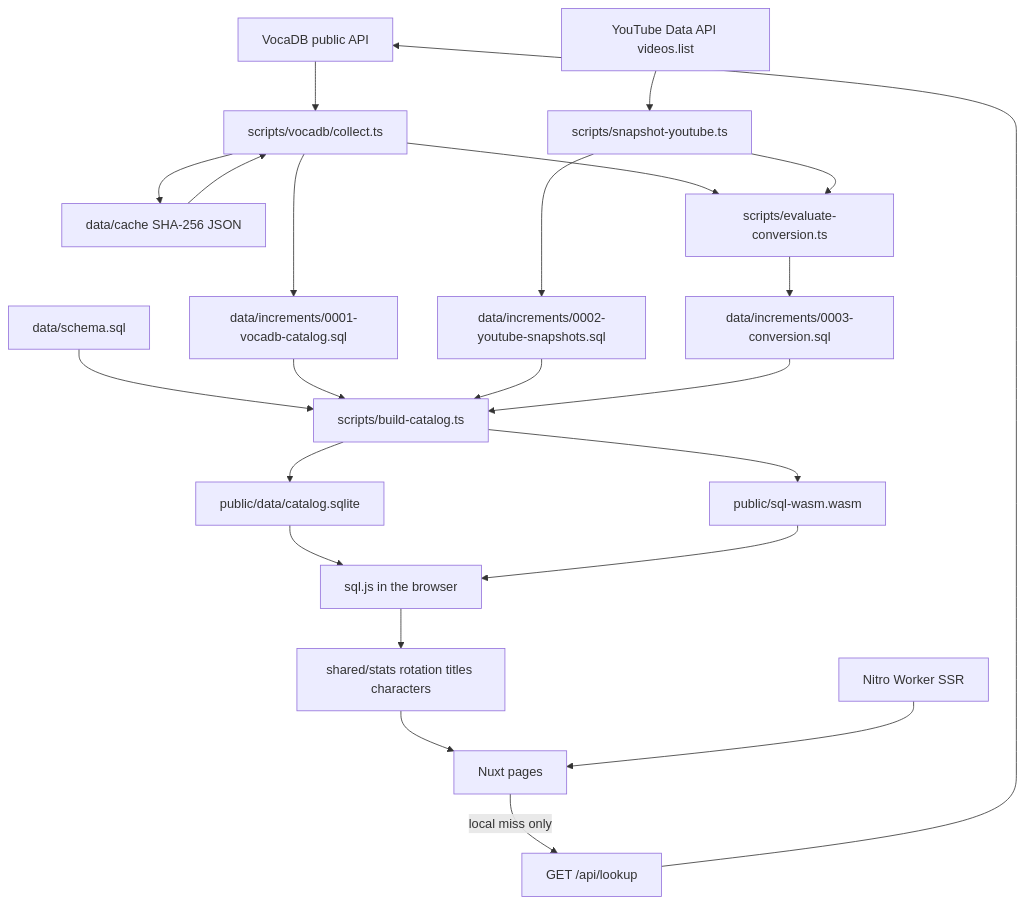
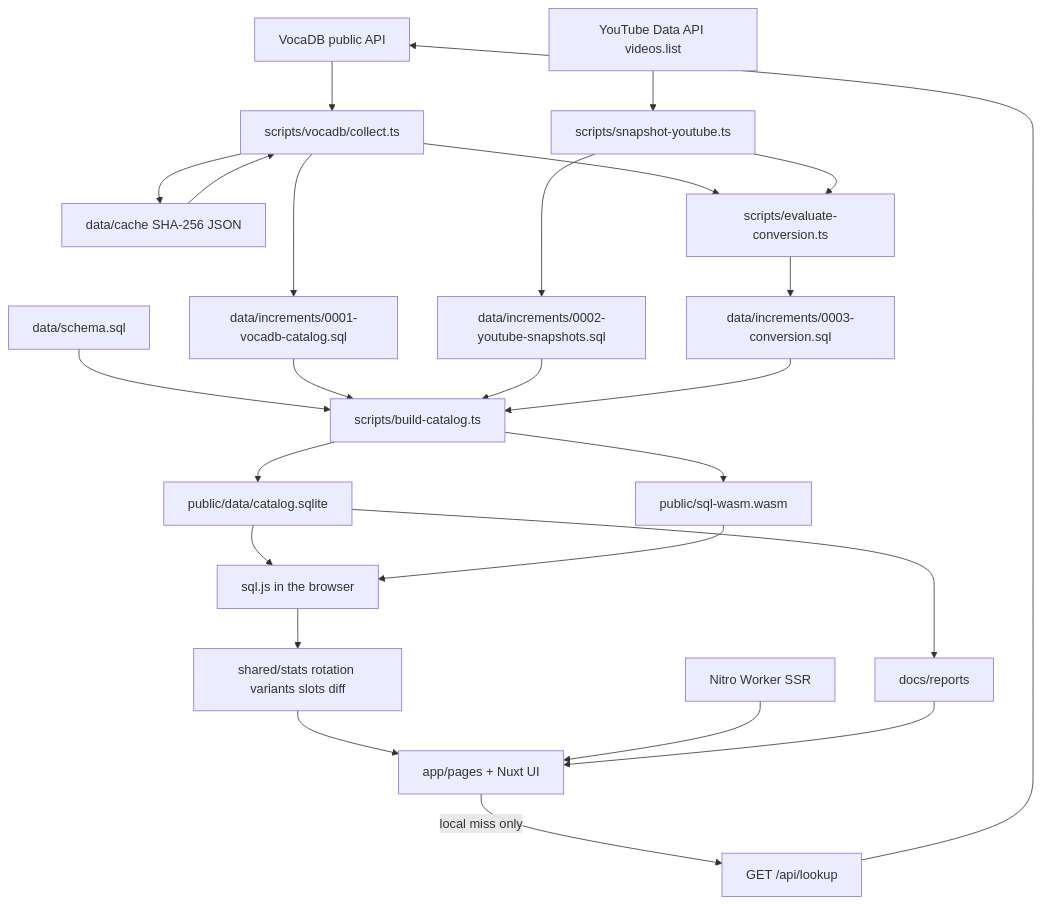
The diagram in docs/architecture.md (RJiazhen/miku-concert-stats), drawn with Mermaid before and after one commit. The commit also changed other lines of this file and 68 other files, not shown here.

Commit message:
Rebuild the site on Nuxt 4 and Nuxt UI with merged setlist slots, raw data, and a review report.

````diff
--- a/docs/architecture.md
+++ b/docs/architecture.md
@@ -89,44 +111,47 @@
 ```mermaid
 flowchart TD
   vocadb["VocaDB public API"]
   cache["data/cache SHA-256 JSON"]
   collect["scripts/vocadb/collect.ts"]
   youtube["YouTube Data API videos.list"]
   snap["scripts/snapshot-youtube.ts"]
   inc1["data/increments/0001-vocadb-catalog.sql"]
   inc2["data/increments/0002-youtube-snapshots.sql"]
   eval["scripts/evaluate-conversion.ts"]
   inc3["data/increments/0003-conversion.sql"]
   schema["data/schema.sql"]
   build["scripts/build-catalog.ts"]
   sqlite["public/data/catalog.sqlite"]
   wasm["public/sql-wasm.wasm"]
   browser["sql.js in the browser"]
-  shared["shared/stats rotation titles characters"]
-  pages["Nuxt pages"]
+  shared["shared/stats rotation variants slots diff"]
+  pages["app/pages + Nuxt UI"]
   worker["Nitro Worker SSR"]
   lookup["GET /api/lookup"]
+  report["docs/reports"]
 
   vocadb --> collect
   collect --> cache
   cache --> collect
   collect --> inc1
   collect --> eval
   youtube --> snap
   snap --> inc2
   snap --> eval
   schema --> build
   inc1 --> build
   inc2 --> build
   inc3 --> build
   eval --> inc3
   build --> sqlite
   build --> wasm
   sqlite --> browser
   wasm --> browser
   browser --> shared
   shared --> pages
   worker --> pages
   pages -->|"local miss only"| lookup
   lookup --> vocadb
+  sqlite --> report
+  report --> pages
 ```
````
